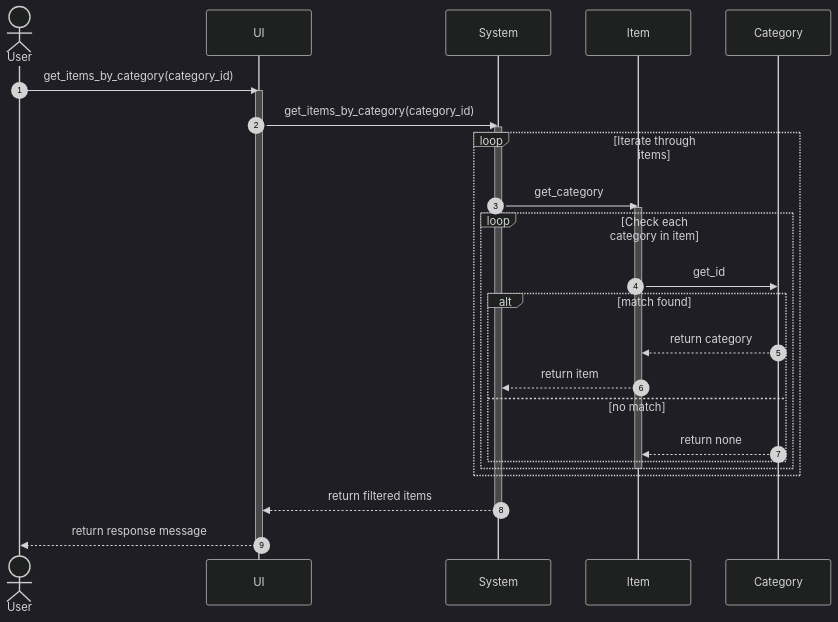
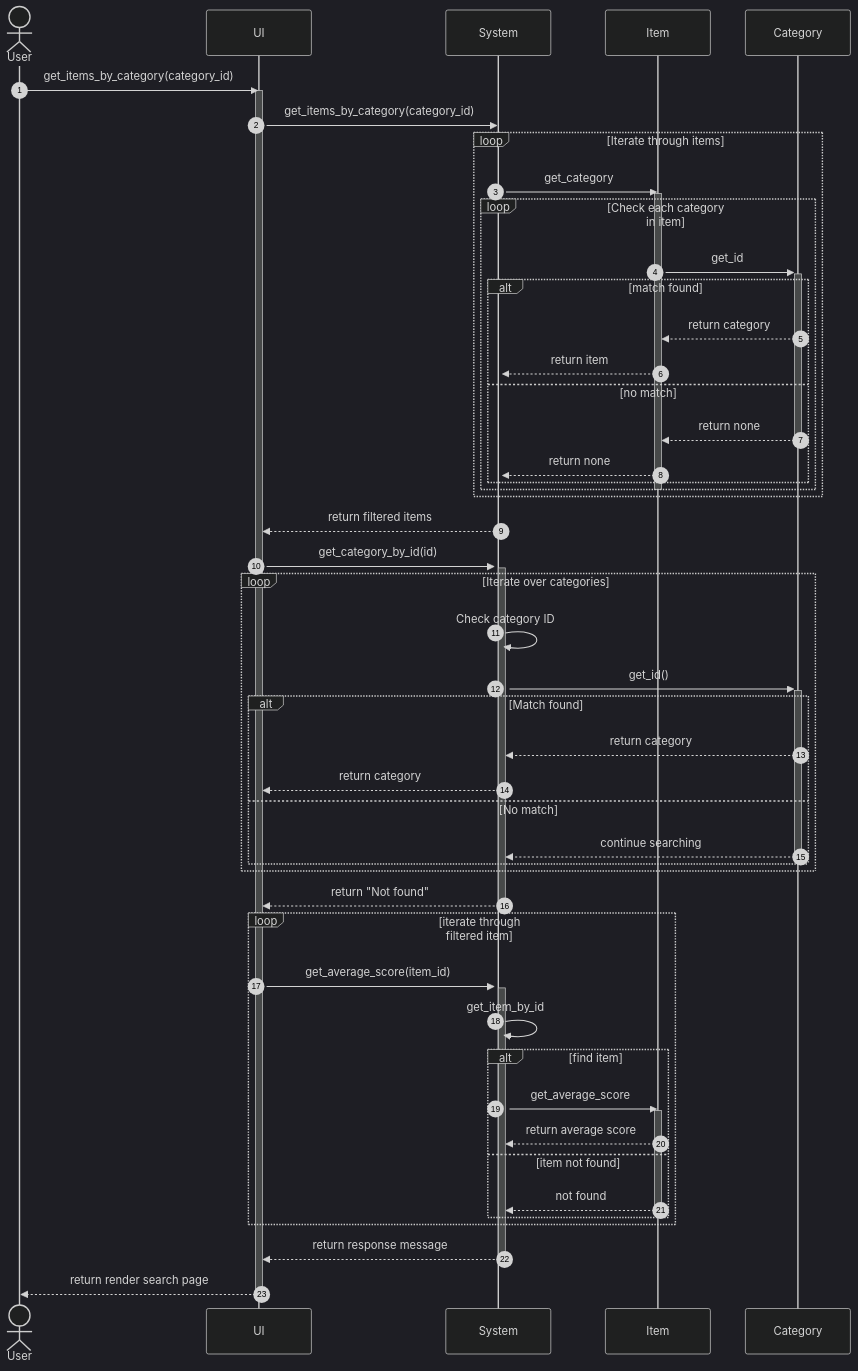
Before and after one commit to Bokutosimp/CE_OOP_PROJECT: the diagram in diagram/sequence/get_items_by_category.md, drawn with Mermaid. The commit also changed 5 other files, not shown here.

````diff
--- a/diagram/sequence/get_items_by_category.md
+++ b/diagram/sequence/get_items_by_category.md
@@ -1,41 +1,67 @@
 ```mermaid
 ---
 config:
   theme: dark
   look: classic
 ---
-
 sequenceDiagram
 autonumber
 
     actor User
     participant UI
     participant System
     participant Item
     participant Category
 
     User ->> UI: get_items_by_category(category_id)
     activate UI
     UI ->> System: get_items_by_category(category_id)
     activate System
 
     loop Iterate through items
         System ->> Item: get_category
         activate Item
         loop Check each category in item
-            Item ->> Category: get_id
+            Item ->>+ Category: get_id
             alt match found
                 Category -->> Item: return category
                 Item -->> System: return item
             else no match
-                Category -->> Item: return none
+                Category -->>- Item: return none
+                Item -->> System: return none
             end
         end
         deactivate Item
     end
     System -->> UI: return filtered items
 
-    deactivate System
-    UI -->> User: return response message
+    UI ->>+ System: get_category_by_id(id)
+    loop Iterate over categories
+        System ->> System: Check category ID
+        System ->>+ Category: get_id()
+        alt Match found
+            Category -->> System: return category
+            System -->> UI: return category
+        else No match
+            Category -->>- System: continue searching
+        end
+    end
+    System -->>- UI: return "Not found"
+    loop iterate through filtered item
+        UI ->>+ System : get_average_score(item_id)
+        System ->> System : get_item_by_id
+        alt find item
+        System ->> Item: get_average_score
+        activate Item
+        Item -->> System: return average score
+        else item not found
+        Item -->> System: not found
+        deactivate Item
+        end
+    end
+
+    System -->>- UI: return response message
+
+    UI -->> User: return render search page
     deactivate UI
 ```
````
